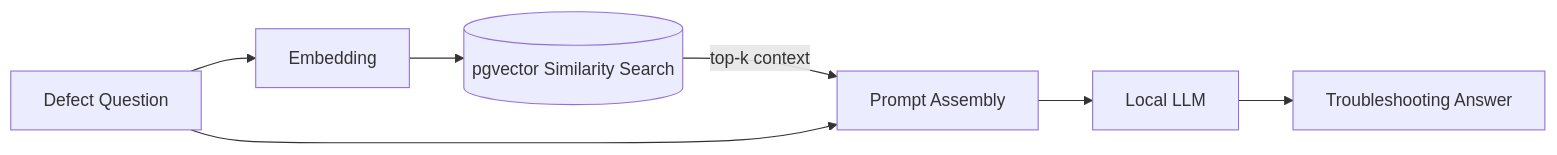
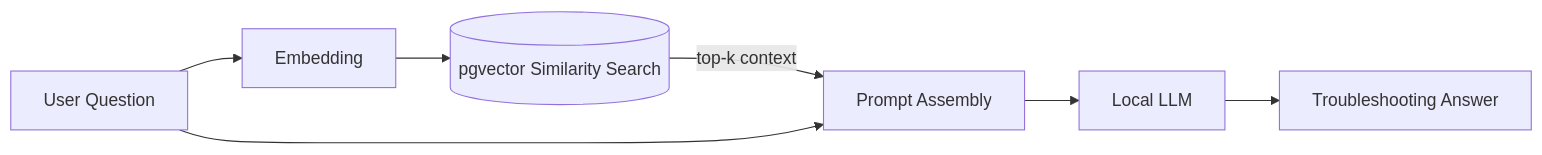
One commit to Iamrentoria211/Iamrentoria211 changed the second of 3 diagrams in README.md. Above: the diagram before and after it, drawn with Mermaid. The commit also changed other lines of this file, not shown here.

````diff
--- a/README.md
+++ b/README.md
@@ -122,9 +122,9 @@
 ```mermaid
 flowchart LR
-    Q[Defect Question] --> E[Embedding]
+    Q[User Question] --> E[Embedding]
     E --> V[(pgvector Similarity Search)]
     V -->|top-k context| P[Prompt Assembly]
     Q --> P
     P --> L[Local LLM]
     L --> R[Troubleshooting Answer]
 ```
````
